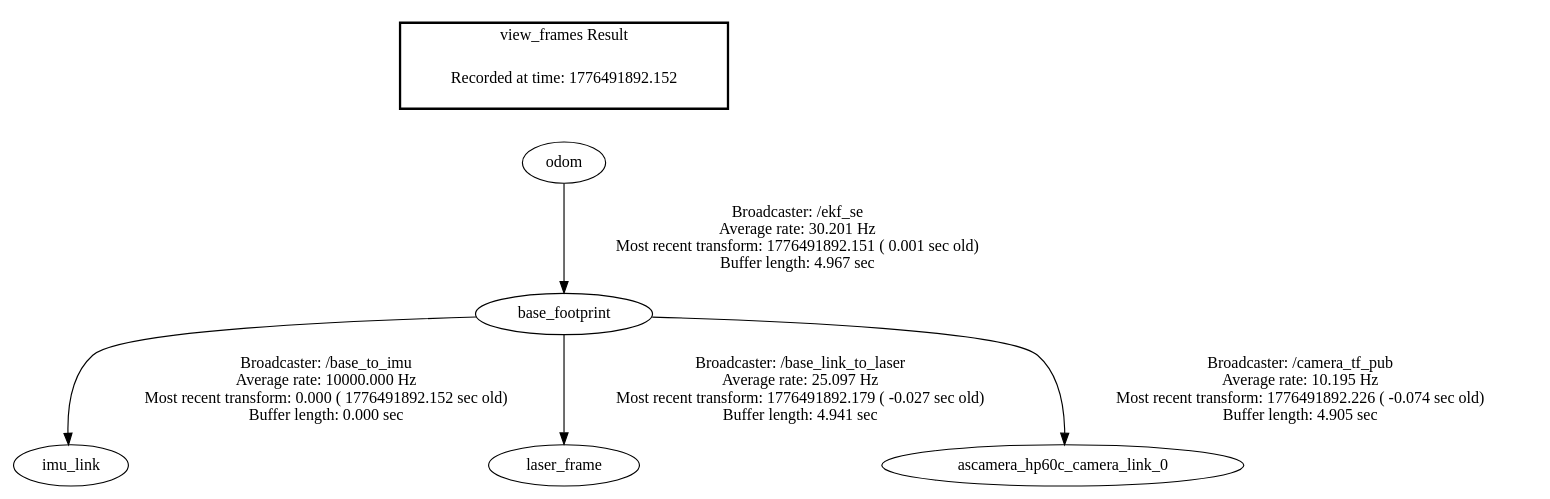
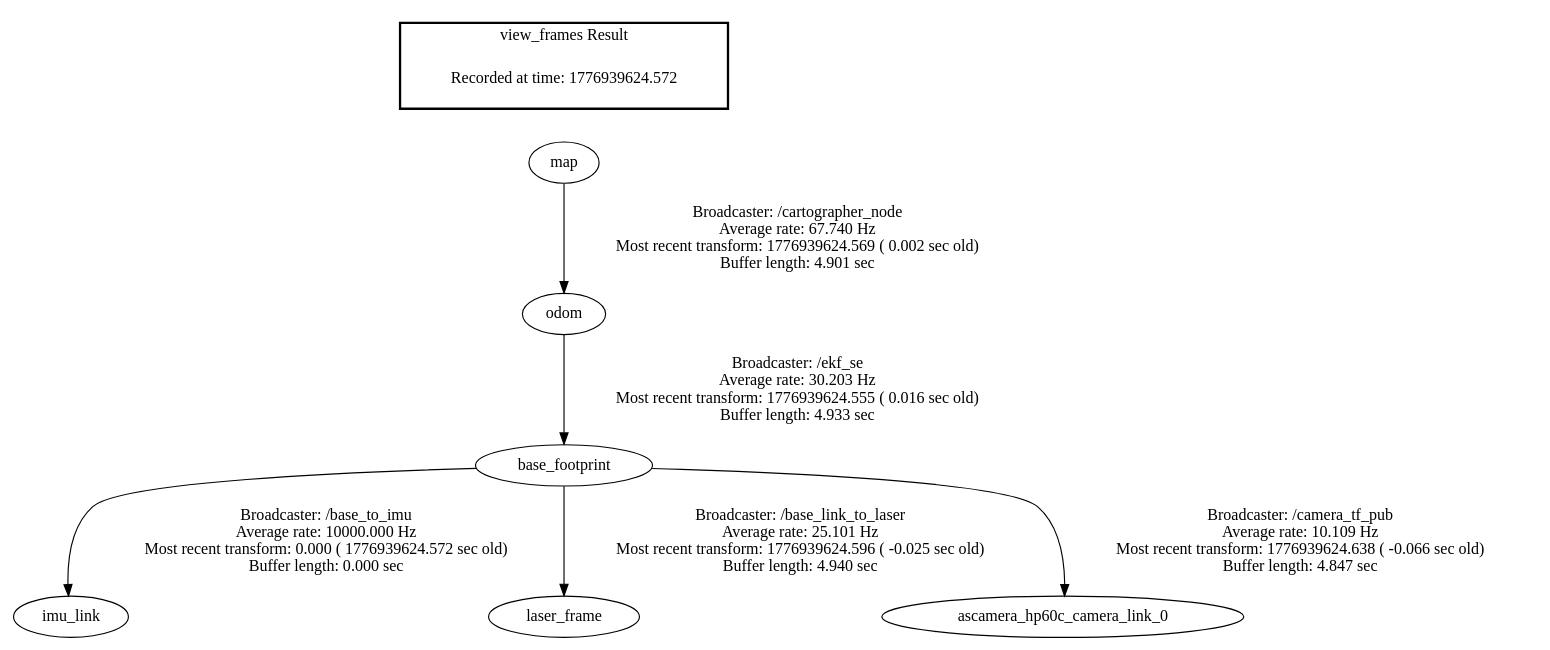
One commit to 2022090914028ysr-dotcom/rk3588 changed the diagram in NavOA_ws/frames.gv. Above: the diagram before and after it, drawn with Graphviz. The commit also changed 17 other files, not shown here.

```diff
--- a/NavOA_ws/frames.gv
+++ b/NavOA_ws/frames.gv
@@ -1,10 +1,11 @@
 digraph G {
-"base_footprint" -> "imu_link"[label="Broadcaster: /base_to_imu\nAverage rate: 10000.000 Hz\nMost recent transform: 0.000 ( 1776491892.152 sec old)\nBuffer length: 0.000 sec\n"];
-"odom" -> "base_footprint"[label="Broadcaster: /ekf_se\nAverage rate: 30.201 Hz\nMost recent transform: 1776491892.151 ( 0.001 sec old)\nBuffer length: 4.967 sec\n"];
-"base_footprint" -> "laser_frame"[label="Broadcaster: /base_link_to_laser\nAverage rate: 25.097 Hz\nMost recent transform: 1776491892.179 ( -0.027 sec old)\nBuffer length: 4.941 sec\n"];
-"base_footprint" -> "ascamera_hp60c_camera_link_0"[label="Broadcaster: /camera_tf_pub\nAverage rate: 10.195 Hz\nMost recent transform: 1776491892.226 ( -0.074 sec old)\nBuffer length: 4.905 sec\n"];
+"base_footprint" -> "imu_link"[label="Broadcaster: /base_to_imu\nAverage rate: 10000.000 Hz\nMost recent transform: 0.000 ( 1776939624.572 sec old)\nBuffer length: 0.000 sec\n"];
+"odom" -> "base_footprint"[label="Broadcaster: /ekf_se\nAverage rate: 30.203 Hz\nMost recent transform: 1776939624.555 ( 0.016 sec old)\nBuffer length: 4.933 sec\n"];
+"base_footprint" -> "laser_frame"[label="Broadcaster: /base_link_to_laser\nAverage rate: 25.101 Hz\nMost recent transform: 1776939624.596 ( -0.025 sec old)\nBuffer length: 4.940 sec\n"];
+"map" -> "odom"[label="Broadcaster: /cartographer_node\nAverage rate: 67.740 Hz\nMost recent transform: 1776939624.569 ( 0.002 sec old)\nBuffer length: 4.901 sec\n"];
+"base_footprint" -> "ascamera_hp60c_camera_link_0"[label="Broadcaster: /camera_tf_pub\nAverage rate: 10.109 Hz\nMost recent transform: 1776939624.638 ( -0.066 sec old)\nBuffer length: 4.847 sec\n"];
 edge [style=invis];
  subgraph cluster_legend { style=bold; color=black; label ="view_frames Result";
-"Recorded at time: 1776491892.152"[ shape=plaintext ] ;
- }->"odom";
+"Recorded at time: 1776939624.572"[ shape=plaintext ] ;
+ }->"map";
 }
```
